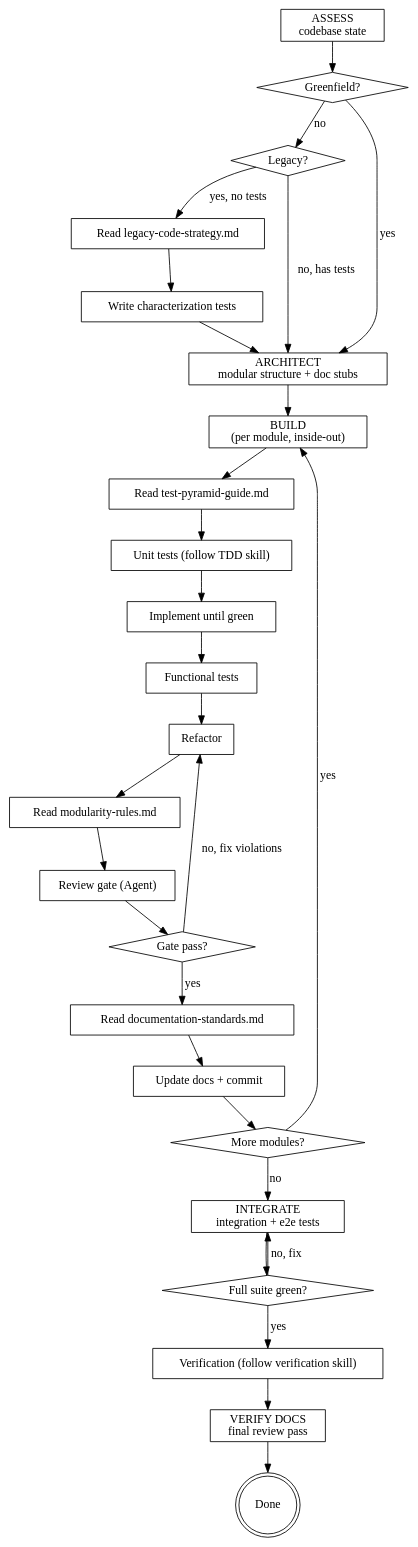
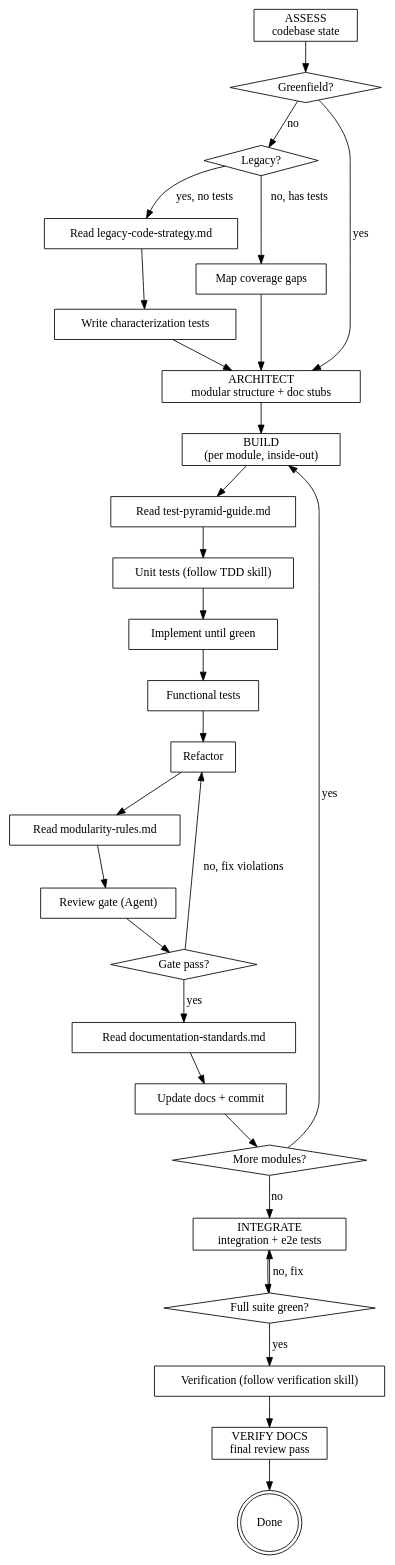
One commit to romitdasgupta/tdd-project-builder changed the diagram in skills/tdd-project-builder/SKILL.md. Above: the diagram before and after it, drawn with Graphviz. The commit also changed other lines of this file, not shown here.

Commit message:
fix: address 3 code quality issues in SKILL.md
- Add "Map coverage gaps" node in DOT flowchart between Legacy?[no, has tests] and ARCHITECT
- Add directory context note to Reference Files section
- Replace vague "map coverage gaps" with actionable steps in Phase 1 ASSESS

````diff
--- a/skills/tdd-project-builder/SKILL.md
+++ b/skills/tdd-project-builder/SKILL.md
@@ -64,55 +64,57 @@
 ```dot
 digraph phases {
     "ASSESS\ncodebase state" [shape=box];
     "Greenfield?" [shape=diamond];
     "Legacy?" [shape=diamond];
     "Read legacy-code-strategy.md" [shape=box];
     "Write characterization tests" [shape=box];
     "ARCHITECT\nmodular structure + doc stubs" [shape=box];
     "BUILD\n(per module, inside-out)" [shape=box];
     "Read test-pyramid-guide.md" [shape=box];
     "Unit tests (follow TDD skill)" [shape=box];
     "Implement until green" [shape=box];
     "Functional tests" [shape=box];
     "Refactor" [shape=box];
     "Read modularity-rules.md" [shape=box];
     "Review gate (Agent)" [shape=box];
     "Gate pass?" [shape=diamond];
     "Read documentation-standards.md" [shape=box];
     "Update docs + commit" [shape=box];
     "More modules?" [shape=diamond];
     "INTEGRATE\nintegration + e2e tests" [shape=box];
     "Full suite green?" [shape=diamond];
     "Verification (follow verification skill)" [shape=box];
     "VERIFY DOCS\nfinal review pass" [shape=box];
     "Done" [shape=doublecircle];
 
     "ASSESS\ncodebase state" -> "Greenfield?";
     "Greenfield?" -> "ARCHITECT\nmodular structure + doc stubs" [label="yes"];
     "Greenfield?" -> "Legacy?" [label="no"];
     "Legacy?" -> "Read legacy-code-strategy.md" [label="yes, no tests"];
-    "Legacy?" -> "ARCHITECT\nmodular structure + doc stubs" [label="no, has tests"];
+    "Map coverage gaps" [shape=box];
+    "Legacy?" -> "Map coverage gaps" [label="no, has tests"];
+    "Map coverage gaps" -> "ARCHITECT\nmodular structure + doc stubs";
     "Read legacy-code-strategy.md" -> "Write characterization tests";
     "Write characterization tests" -> "ARCHITECT\nmodular structure + doc stubs";
     "ARCHITECT\nmodular structure + doc stubs" -> "BUILD\n(per module, inside-out)";
     "BUILD\n(per module, inside-out)" -> "Read test-pyramid-guide.md";
     "Read test-pyramid-guide.md" -> "Unit tests (follow TDD skill)";
     "Unit tests (follow TDD skill)" -> "Implement until green";
     "Implement until green" -> "Functional tests";
     "Functional tests" -> "Refactor";
     "Refactor" -> "Read modularity-rules.md";
     "Read modularity-rules.md" -> "Review gate (Agent)";
     "Review gate (Agent)" -> "Gate pass?";
     "Gate pass?" -> "Read documentation-standards.md" [label="yes"];
     "Gate pass?" -> "Refactor" [label="no, fix violations"];
     "Read documentation-standards.md" -> "Update docs + commit";
     "Update docs + commit" -> "More modules?";
     "More modules?" -> "BUILD\n(per module, inside-out)" [label="yes"];
     "More modules?" -> "INTEGRATE\nintegration + e2e tests" [label="no"];
     "INTEGRATE\nintegration + e2e tests" -> "Full suite green?";
     "Full suite green?" -> "Verification (follow verification skill)" [label="yes"];
     "Full suite green?" -> "INTEGRATE\nintegration + e2e tests" [label="no, fix"];
     "Verification (follow verification skill)" -> "VERIFY DOCS\nfinal review pass";
     "VERIFY DOCS\nfinal review pass" -> "Done";
 }
 ```
````
